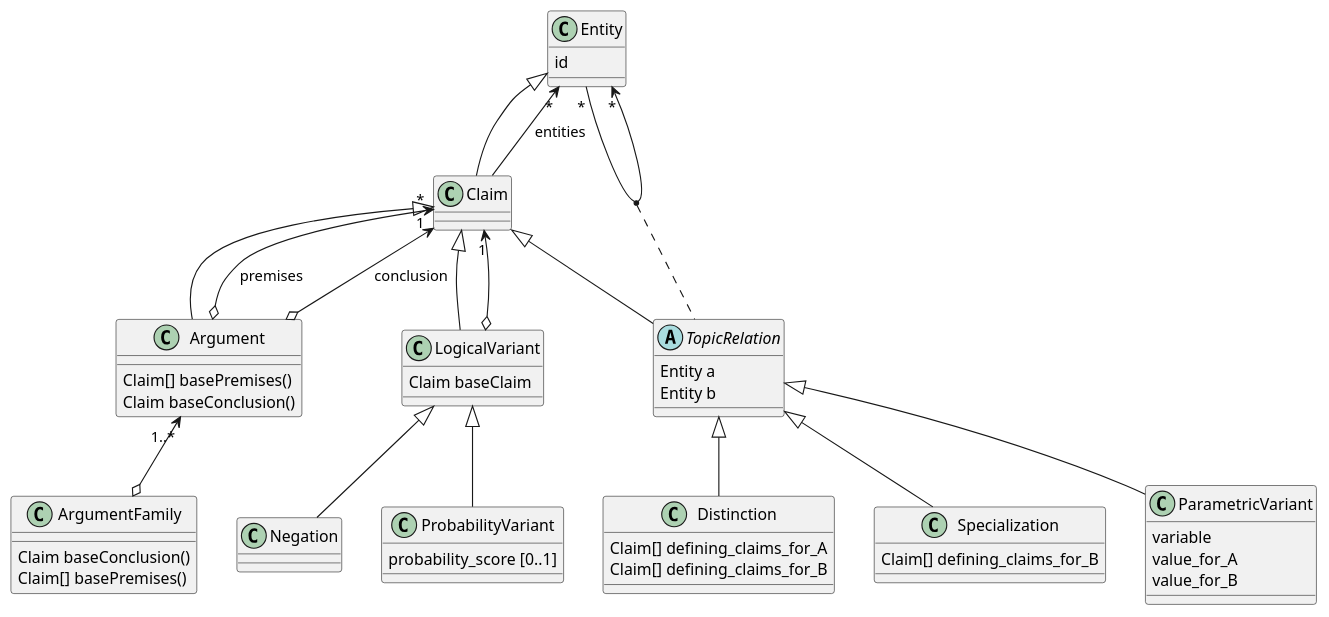
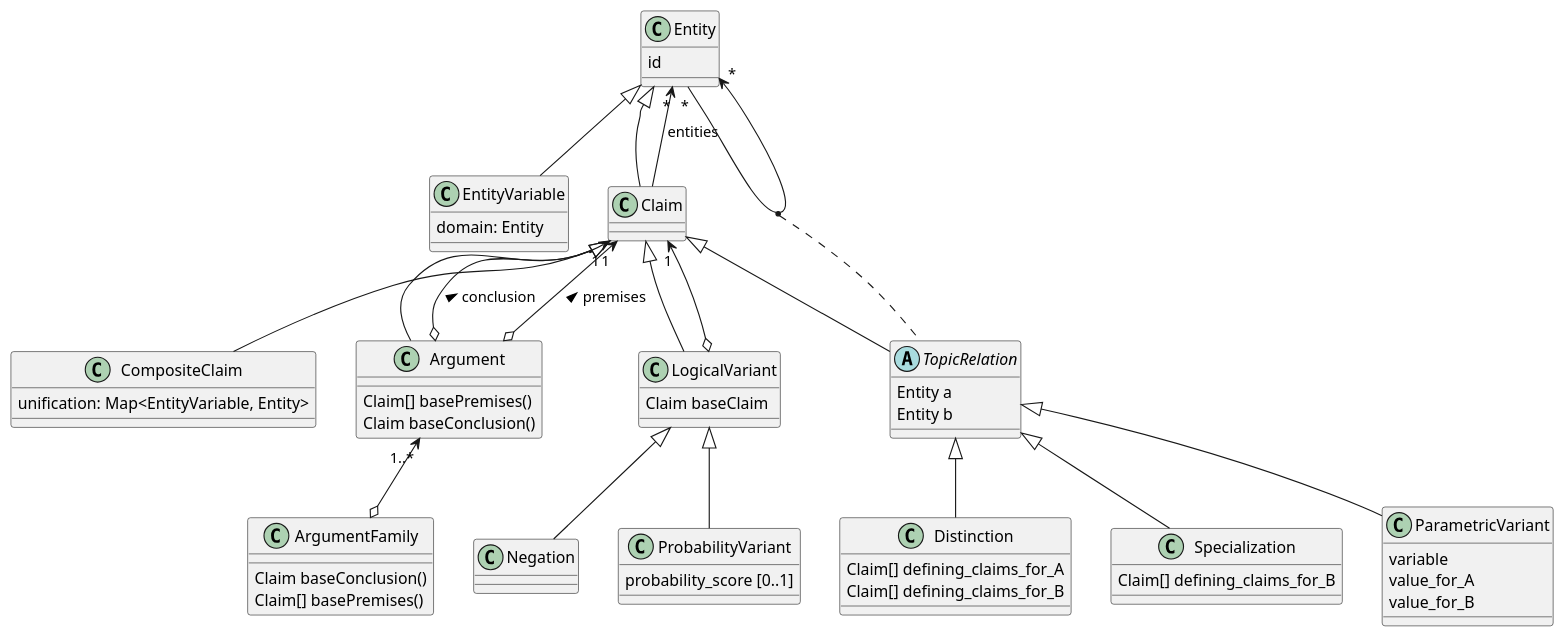
Before and after one commit to canonical-debate-lab/cd-domain-model: the diagram in diagram/map_formalization.puml, drawn with PlantUML. The commit also changed 2 other files, not shown here.

```diff
--- a/diagram/map_formalization.puml
+++ b/diagram/map_formalization.puml
@@ -1,100 +1,113 @@
 @startuml
 
 
 class Entity {
   id
 }
 
+Entity <|-- EntityVariable
+
+class EntityVariable {
+  domain: Entity
+}
+
+
 Entity <|-- Claim
 
 Entity "*" <-- Claim : entities
+
+Claim <|-- CompositeClaim
+
+class CompositeClaim {
+  unification: Map<EntityVariable, Entity>
+}
 
 Claim <|-- Argument
 
 class Argument {
   ' A causal or epistemic link between premises and conclusions.
   ' logical entailment is a case of epistemic link
   ' (Maybe distinguish those cases?)
   ' I think deontic links always "ride" on a causal link,
   ' but maybe they still need to be distinguished
   Claim[] basePremises()
   ' the base claim of each premise
   Claim baseConclusion()
   ' the base claim of the conclusion
 }
 
-Argument o--> "*" Claim : premises
+Argument o--> "1" Claim : > conclusion
+' Conclusions can be Probability Variants as well
+Argument o--> "1" Claim : > premises
 ' Premises are either Base Claim, or Negation thereof
-Argument o--> "1" Claim : conclusion
-' Conclusions can be Probability Variants as well
 
 Claim <|-- LogicalVariant
 Claim "1" <--o LogicalVariant
 
 ' TODO: ClaimFormula, i.e. a Claim with an unbound variable.
 ' Important for defining_claims, parametricVariants...
 
 class LogicalVariant {
   ' A variant of the base claim which is either the negation or some probability value (formal or not)
   Claim baseClaim
 }
 
 class Negation {
 }
 
 class ProbabilityVariant {
   probability_score [0..1]
 }
 
 Entity "*" --> "*" Entity
 (Entity, Entity) . TopicRelation
 
 Claim <|-- TopicRelation
 
 abstract class TopicRelation  {
   Entity a
   Entity b
 }
 
 TopicRelation <|-- Distinction
 
 class Distinction {
   ' mutually exclusive categories or different entities
   Claim[] defining_claims_for_A
   Claim[] defining_claims_for_B
 }
 
 TopicRelation <|-- Specialization
 
 class Specialization {
   ' subclassOf, instanceOf
   Claim[] defining_claims_for_B
 }
 
 TopicRelation <|-- ParametricVariant
 class ParametricVariant {
   ' This variant only(?) applies to comparison between ParametricClaims, not Entities in general
   ' TODO: those claims vary through some parameter (or entity?)
   ' The distinction between entities and qualities, if any, must be developed
   variable
   value_for_A
   value_for_B
 }
 
 LogicalVariant <|-- Negation
 LogicalVariant <|-- ProbabilityVariant
 
 class ArgumentFamily {
   Claim baseConclusion()
   Claim[] basePremises()
   ' The basePremises and baseConclusion must be the same for each member of the family.
 }
 
 Argument "1..*" <--o ArgumentFamily
 ' Entity <|-- ArgumentFamily
 
 ' TODO: A Story is a coherent set of Claims (this happened),
 ' causal Arguments (This happened because of this) and Valuations
 ' (this happening was un/desirable).
 
 @enduml
```
